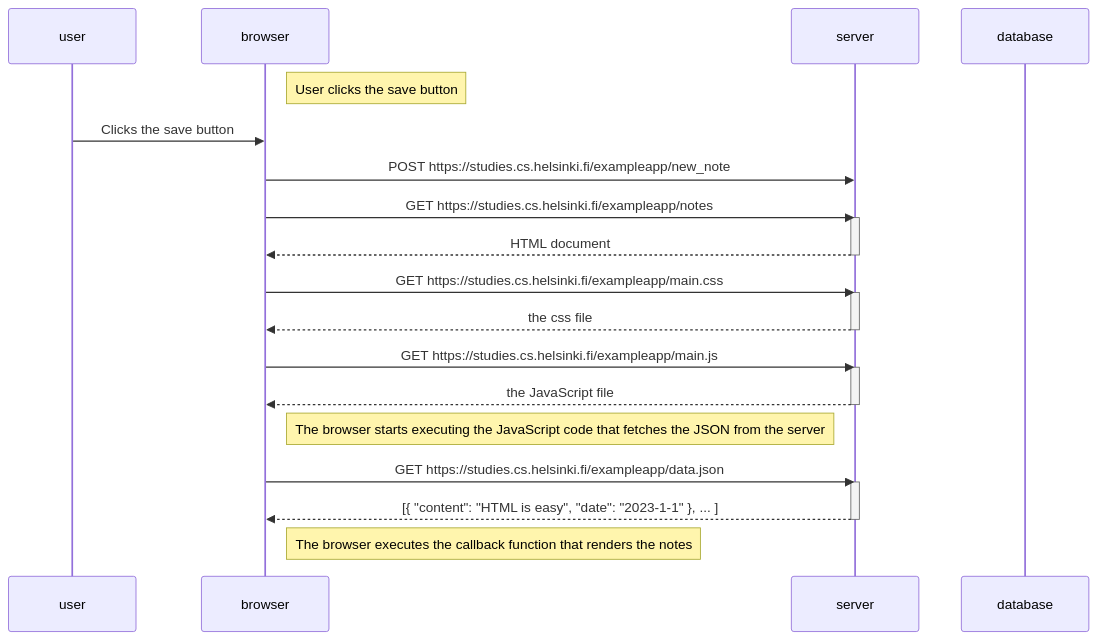
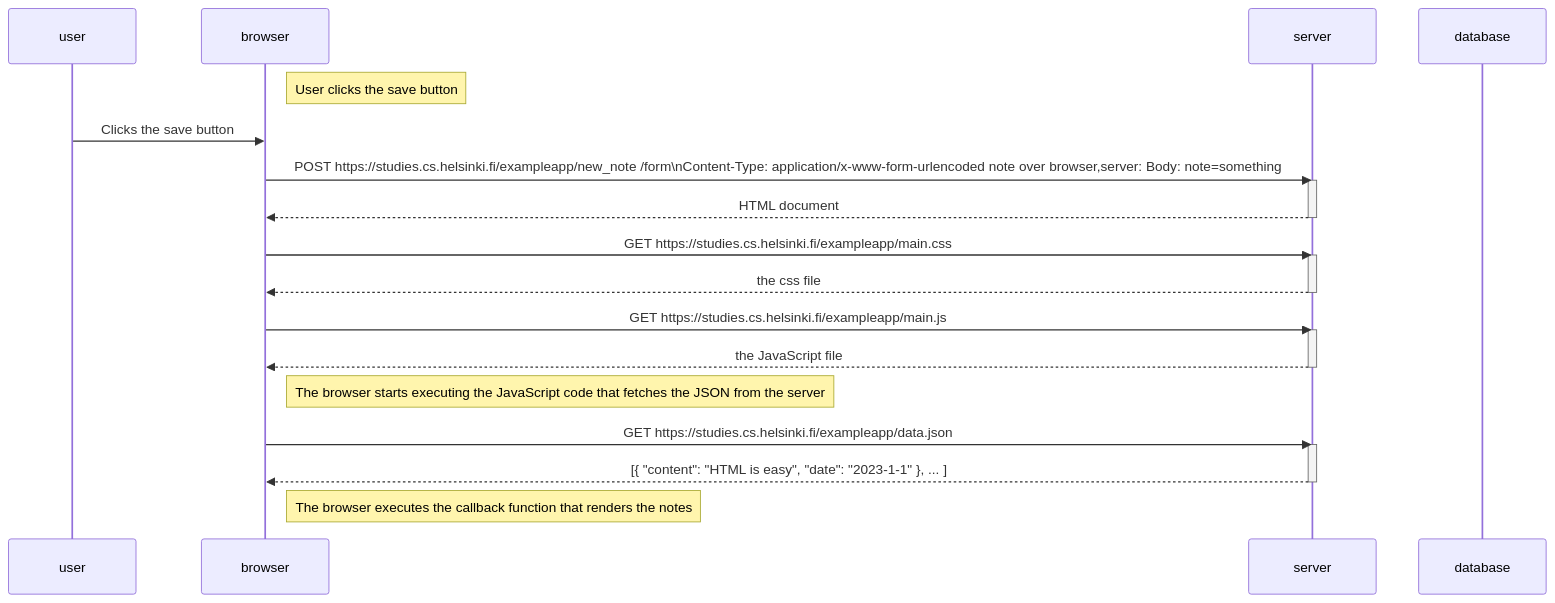
The diagram in osa0/README.md (JuhKukko/fullstack-helsinki-university), drawn with Mermaid before and after one commit.

````diff
--- a/osa0/README.md
+++ b/osa0/README.md
@@ -3,35 +3,34 @@
 ```mermaid
 sequenceDiagram
     participant user
     participant browser
     participant server
     participant database
 
     
     Note right of browser: User clicks the save button
     user->>browser: Clicks the save button
-    browser->>server: POST https://studies.cs.helsinki.fi/exampleapp/new_note
-    browser->>server: GET https://studies.cs.helsinki.fi/exampleapp/notes
+    browser->>server: POST https://studies.cs.helsinki.fi/exampleapp/new_note /form\nContent-Type: application/x-www-form-urlencoded note over browser,server: Body: note=something
     activate server
     server-->>browser: HTML document
     deactivate server
     
     browser->>server: GET https://studies.cs.helsinki.fi/exampleapp/main.css
     activate server
     server-->>browser: the css file
     deactivate server
     
     browser->>server: GET https://studies.cs.helsinki.fi/exampleapp/main.js
     activate server
     server-->>browser: the JavaScript file
     deactivate server
 
     Note right of browser: The browser starts executing the JavaScript code that fetches the JSON from the server
     
     browser->>server: GET https://studies.cs.helsinki.fi/exampleapp/data.json
     activate server
     server-->>browser: [{ "content": "HTML is easy", "date": "2023-1-1" }, ... ]
     deactivate server    
 
     Note right of browser: The browser executes the callback function that renders the notes 
 ```
````
